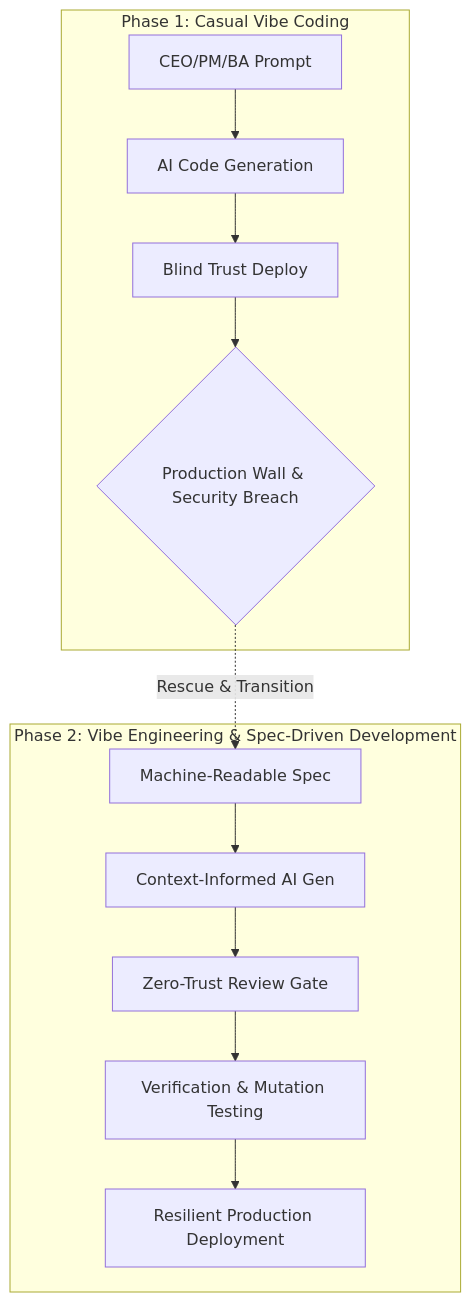
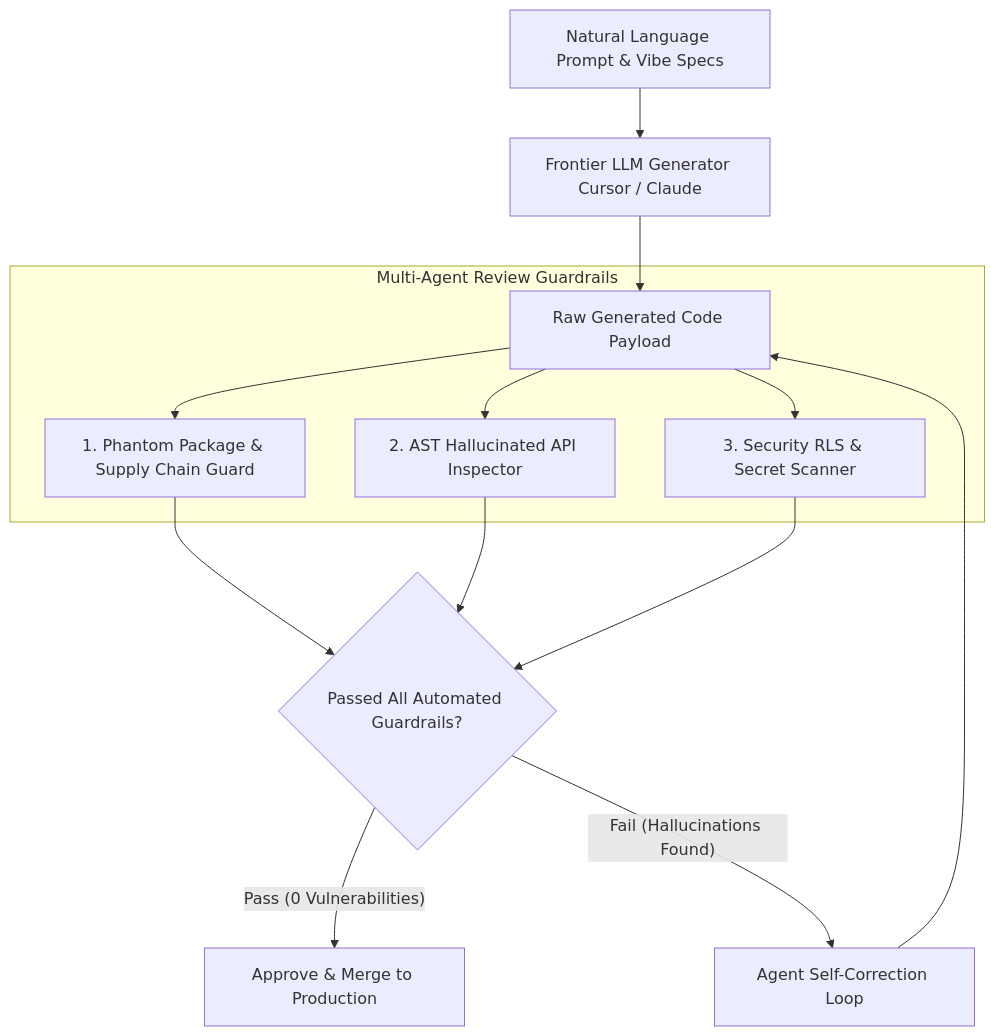
The diagram in content/series/ai-code-review-vibe-coding/executive-summary.md (vesviet/vesviet), drawn with Mermaid before and after one commit. The commit also changed other lines of this file and 180 other files, not shown here.

````diff
--- a/content/series/ai-code-review-vibe-coding/executive-summary.md
+++ b/content/series/ai-code-review-vibe-coding/executive-summary.md
@@ -175,17 +40,19 @@
 ```mermaid
 graph TD
-    subgraph Vibe Coding [Phase 1: Casual Vibe Coding]
-        A[CEO/PM/BA Prompt] --> B[AI Code Generation]
-        B --> C[Blind Trust Deploy]
-        C --> D{Production Wall & Security Breach}
+    UserPrompt[Natural Language Prompt & Vibe Specs] --> LLMGen[Frontier LLM Generator Cursor / Claude]
+    LLMGen --> UnvettedCode[Raw Generated Code Payload]
+
+    subgraph Multi-Agent Review Guardrails
+        UnvettedCode --> Scanner1[1. Phantom Package & Supply Chain Guard]
+        UnvettedCode --> Scanner2[2. AST Hallucinated API Inspector]
+        UnvettedCode --> Scanner3[3. Security RLS & Secret Scanner]
     end
 
-    subgraph Vibe Engineering [Phase 2: Vibe Engineering & Spec-Driven Development]
-        E[Machine-Readable Spec] --> F[Context-Informed AI Gen]
-        F --> G[Zero-Trust Review Gate]
-        G --> H[Verification & Mutation Testing]
-        H --> I[Resilient Production Deployment]
-    end
+    Scanner1 --> Consensus{Passed All Automated Guardrails?}
+    Scanner2 --> Consensus
+    Scanner3 --> Consensus
 
-    D -.->|Rescue & Transition| E
+    Consensus -- "Pass (0 Vulnerabilities)" --> ProdPR[Approve & Merge to Production]
+    Consensus -- "Fail (Hallucinations Found)" --> SelfHeal[Agent Self-Correction Loop]
+    SelfHeal --> UnvettedCode
 ```
````
